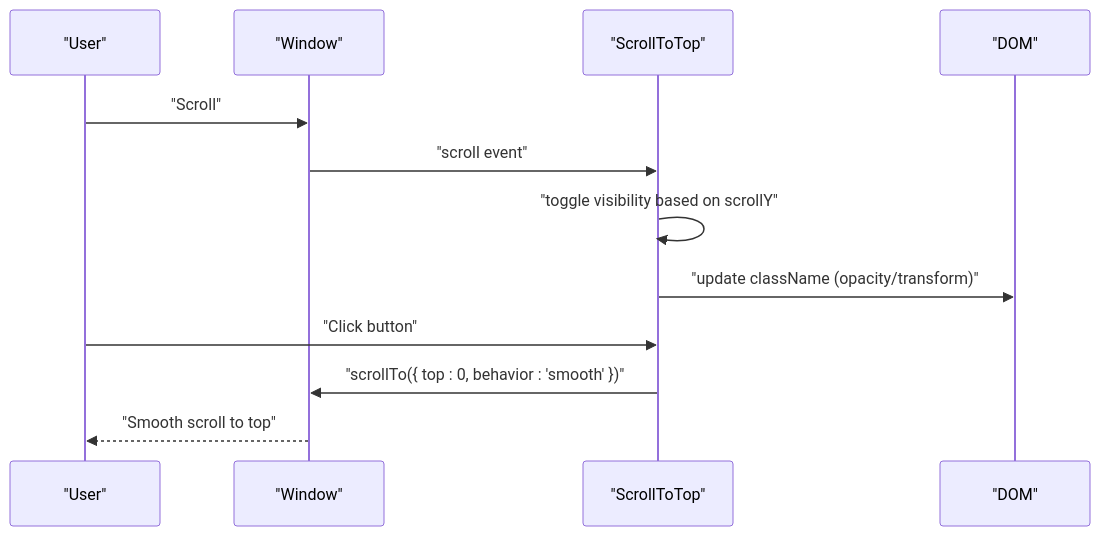
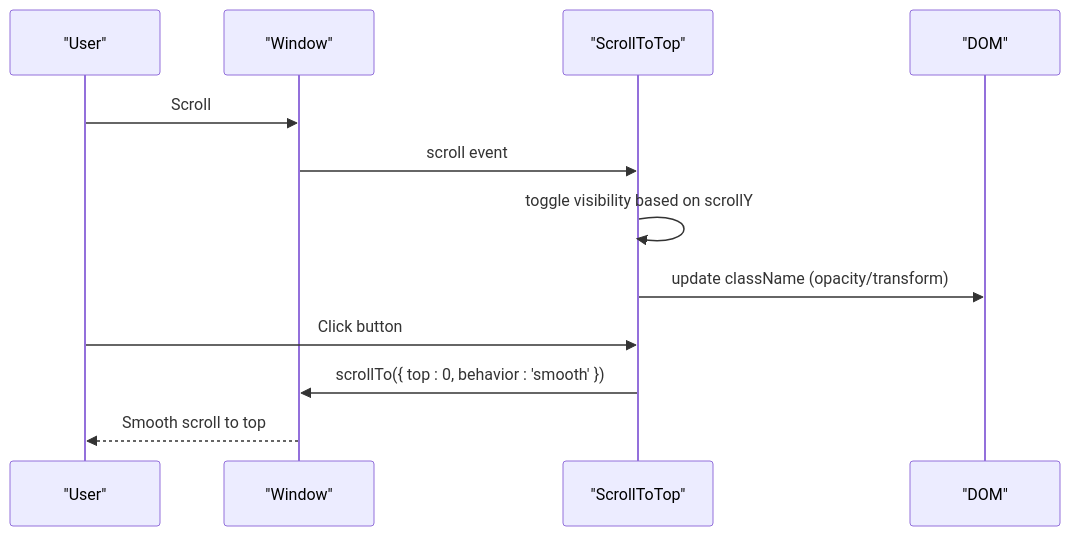
Before and after one commit to mohjak/sc-dof: the second of 6 diagrams in .qoder/repowiki/en/content/Routing & Navigation/Navigation Components/ScrollToTop Component.md, drawn with Mermaid. The commit also changed other lines of this file and 68 other files, not shown here.

First line of the commit message:
docs(docs): update component architecture docs with markdown formatting fixes

````diff
--- a/.qoder/repowiki/en/content/Routing & Navigation/Navigation Components/ScrollToTop Component.md
+++ b/.qoder/repowiki/en/content/Routing & Navigation/Navigation Components/ScrollToTop Component.md
@@ -76,14 +74,14 @@
 ```mermaid
 sequenceDiagram
 participant User as "User"
 participant Window as "Window"
 participant ST as "ScrollToTop"
 participant DOM as "DOM"
-User->>Window : "Scroll"
-Window->>ST : "scroll event"
-ST->>ST : "toggle visibility based on scrollY"
-ST->>DOM : "update className (opacity/transform)"
-User->>ST : "Click button"
-ST->>Window : "scrollTo({ top : 0, behavior : 'smooth' })"
-Window-->>User : "Smooth scroll to top"
+User->>Window : Scroll
+Window->>ST : scroll event
+ST->>ST : toggle visibility based on scrollY
+ST->>DOM : update className (opacity/transform)
+User->>ST : Click button
+ST->>Window : scrollTo({ top : 0, behavior : 'smooth' })
+Window-->>User : Smooth scroll to top
 ```
````
